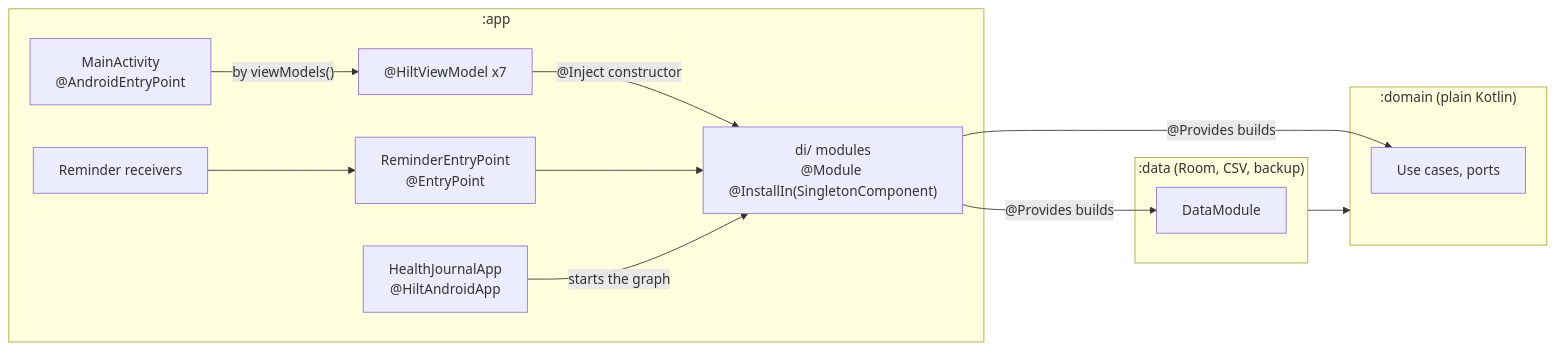
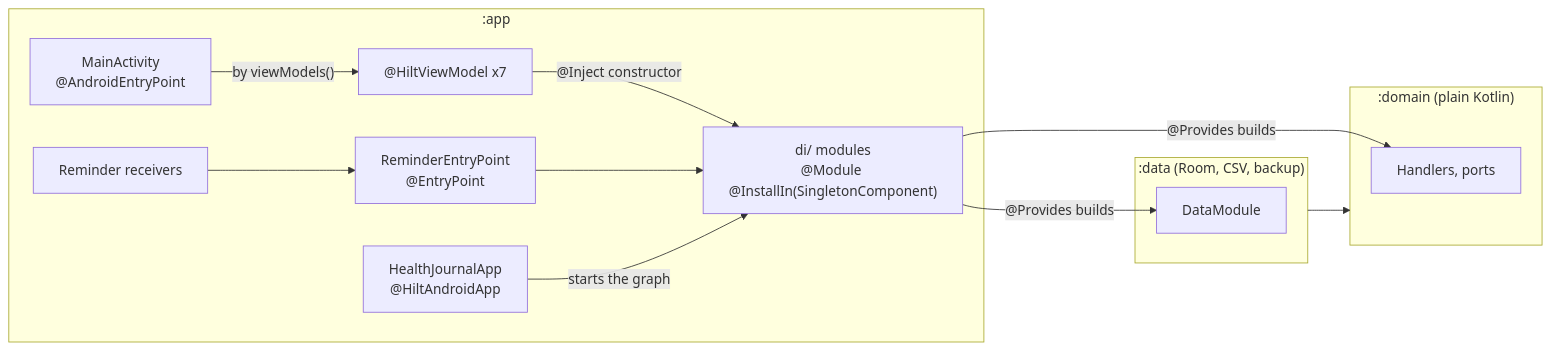
Before and after one commit to mannetje/health_journal: the second of 5 diagrams in docs/dev/dependency-injection.md, drawn with Mermaid. The commit also changed other lines of this file and 214 other files, not shown here.

````diff
--- a/docs/dev/dependency-injection.md
+++ b/docs/dev/dependency-injection.md
@@ -26,24 +26,24 @@
 ```mermaid
 flowchart LR
     subgraph domain [":domain (plain Kotlin)"]
-        UC["Use cases, ports"]
+        UC["Handlers, ports"]
     end
     subgraph data [":data (Room, CSV, backup)"]
         DM["DataModule"]
     end
     subgraph app [":app"]
         APPC["HealthJournalApp<br/>@HiltAndroidApp"]
         MODS["di/ modules<br/>@Module @InstallIn(SingletonComponent)"]
         VMS["@HiltViewModel x7"]
         ACT["MainActivity<br/>@AndroidEntryPoint"]
         EP["ReminderEntryPoint<br/>@EntryPoint"]
         REC["Reminder receivers"]
     end
     data --> domain
     MODS -->|"@Provides builds"| DM
     MODS -->|"@Provides builds"| UC
     VMS -->|"@Inject constructor"| MODS
     ACT -->|"by viewModels()"| VMS
     REC --> EP --> MODS
     APPC -->|"starts the graph"| MODS
 ```
````
